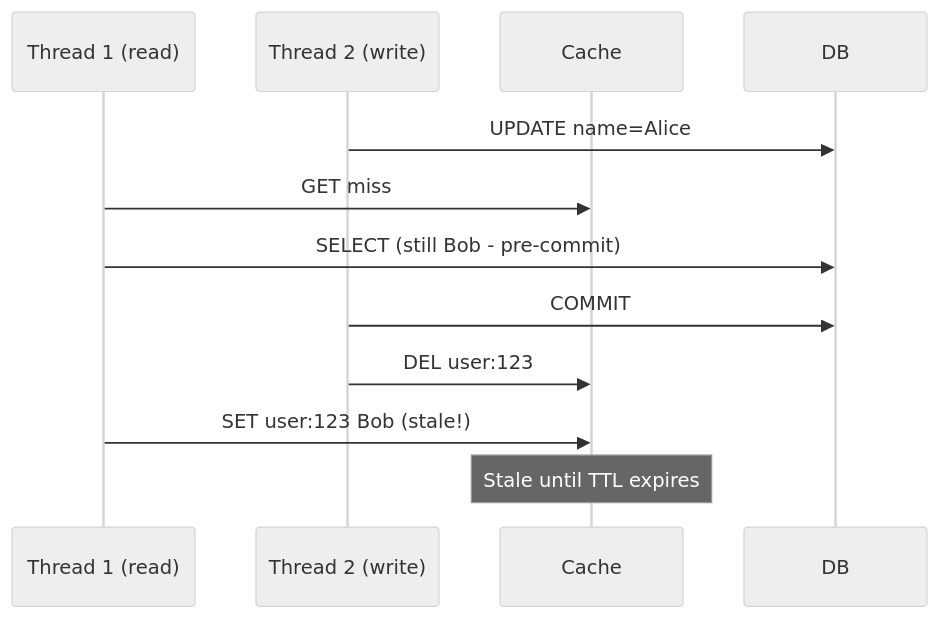
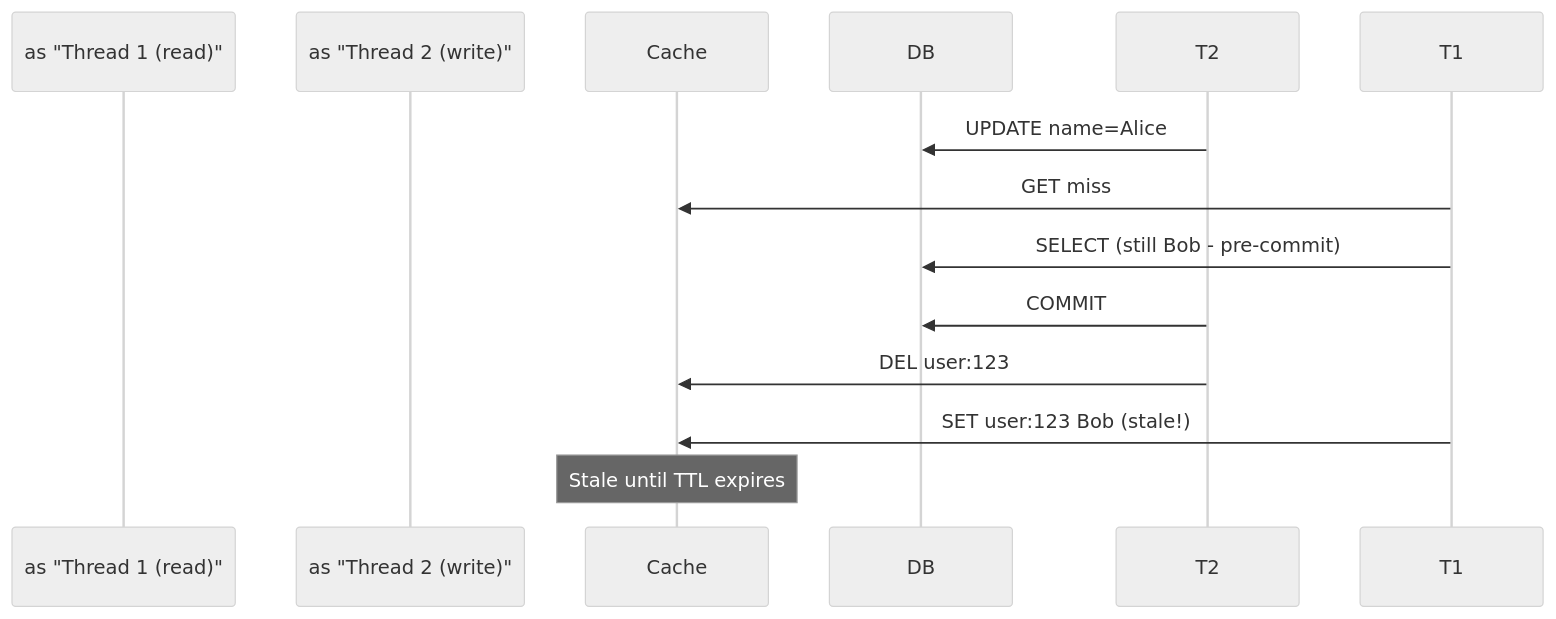
One commit to hareramcse/SystemDesign changed diagram 13 of 19 in 03-caching/README.md. Above: the diagram before and after it, drawn with Mermaid (neutral theme). The commit also changed other lines of this file and 14 other files, not shown here.

````diff
--- a/03-caching/README.md
+++ b/03-caching/README.md
@@ -750,14 +750,14 @@
 ```mermaid
 sequenceDiagram
-    participant T1 as Thread 1 (read)
-    participant T2 as Thread 2 (write)
+    participant  as "Thread 1 (read)"
+    participant  as "Thread 2 (write)"
     participant Cache
     participant DB
     T2->>DB: UPDATE name=Alice
     T1->>Cache: GET miss
     T1->>DB: SELECT (still Bob - pre-commit)
     T2->>DB: COMMIT
     T2->>Cache: DEL user:123
     T1->>Cache: SET user:123 Bob (stale!)
     Note over Cache: Stale until TTL expires
 ```
````
